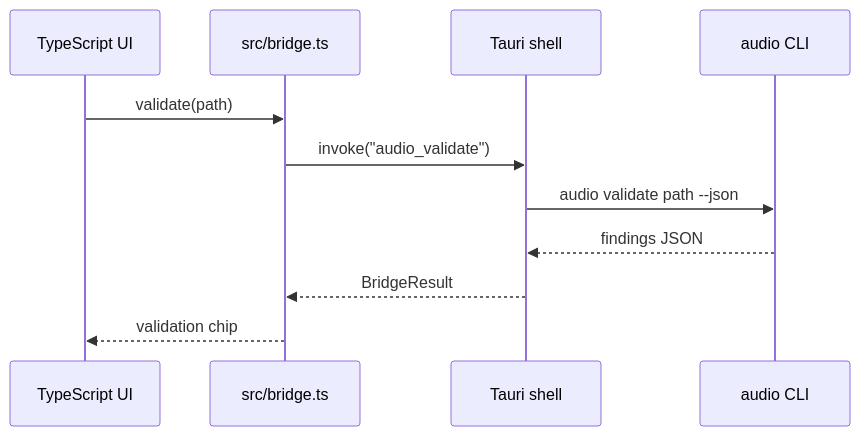
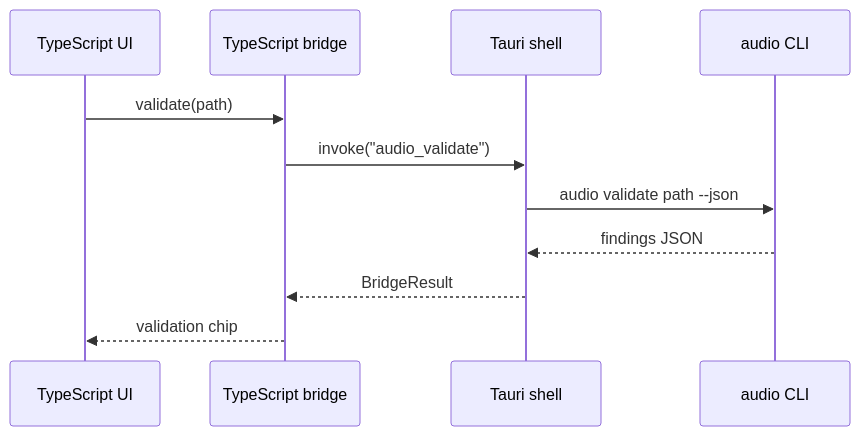
Before and after one commit to soulwax/EchoWiki: the third of 5 diagrams in src/content/docs/pages/soundgarden/architecture.md, drawn with Mermaid. The commit also changed other lines of this file and 28 other files, not shown here.

Commit message:
docs: deepen architecture wiki and automate audits

````diff
--- a/src/content/docs/pages/soundgarden/architecture.md
+++ b/src/content/docs/pages/soundgarden/architecture.md
@@ -56,14 +56,14 @@
 ```mermaid
 sequenceDiagram
     participant UI as TypeScript UI
-    participant Bridge as src/bridge.ts
+    participant Bridge as TypeScript bridge
     participant Shell as Tauri shell
     participant CLI as audio CLI
 
     UI->>Bridge: validate(path)
     Bridge->>Shell: invoke("audio_validate")
     Shell->>CLI: audio validate path --json
     CLI-->>Shell: findings JSON
     Shell-->>Bridge: BridgeResult
     Bridge-->>UI: validation chip
 ```
````
